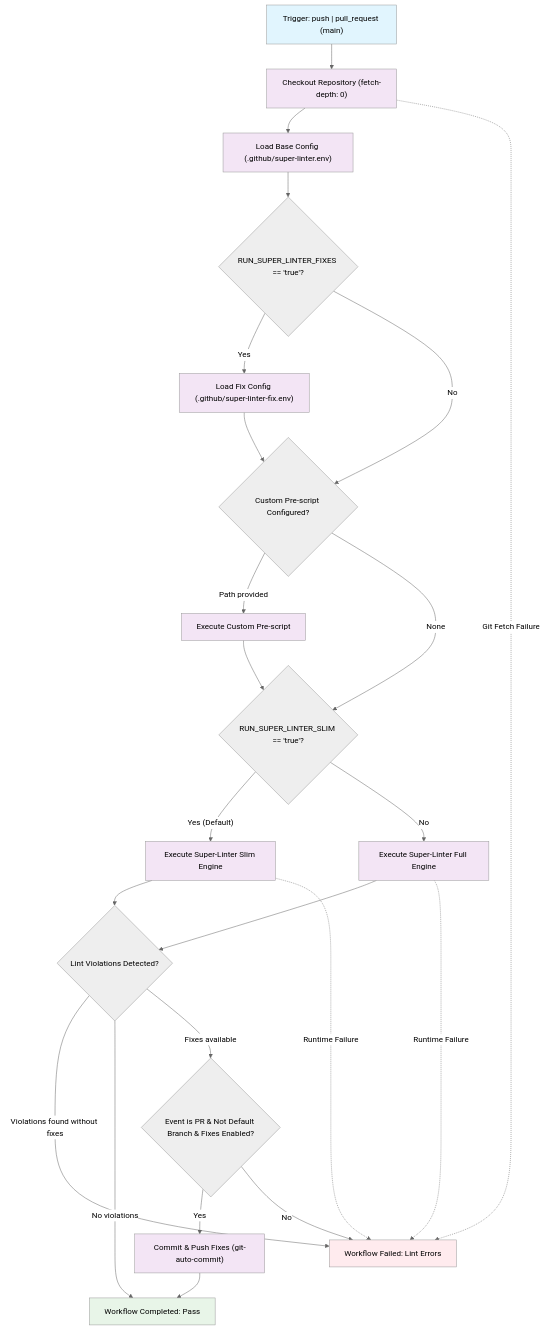
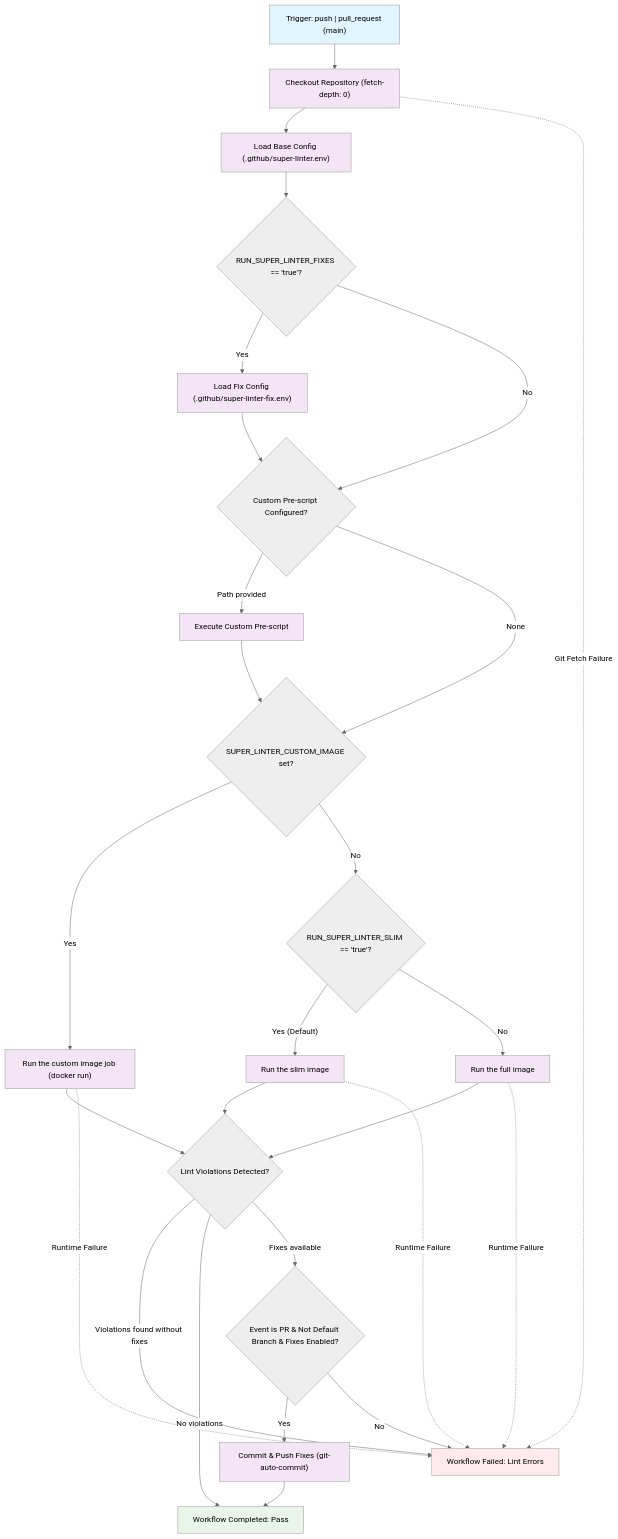
The diagram in workflows/super-linter/spec-process-cicd-super-linter.md (ghwfxlab/ghwm-registry), drawn with Mermaid (neutral theme) before and after one commit. The commit also changed other lines of this file and 3 other files, not shown here.

First line of the commit message:
feat(super-linter)!: run every mode with one docker step and add a custom image mode (#40)

````diff
--- a/workflows/super-linter/spec-process-cicd-super-linter.md
+++ b/workflows/super-linter/spec-process-cicd-super-linter.md
@@ -28,36 +28,41 @@
 ```mermaid
 graph TD
     TriggerNode["Trigger: push | pull_request (main)"] --> Checkout["Checkout Repository (fetch-depth: 0)"]
     Checkout --> LoadConfig["Load Base Config (.github/super-linter.env)"]
     LoadConfig --> CheckFixConfig{"RUN_SUPER_LINTER_FIXES == 'true'?"}
     CheckFixConfig -->|"Yes"| LoadFixConfig["Load Fix Config (.github/super-linter-fix.env)"]
     CheckFixConfig -->|"No"| CheckCustomScript{"Custom Pre-script Configured?"}
     LoadFixConfig --> CheckCustomScript
     CheckCustomScript -->|"Path provided"| RunCustomScript["Execute Custom Pre-script"]
-    CheckCustomScript -->|"None"| SelectRunner{"RUN_SUPER_LINTER_SLIM == 'true'?"}
-    RunCustomScript --> SelectRunner
-    SelectRunner -->|"Yes (Default)"| RunSlim["Execute Super-Linter Slim Engine"]
-    SelectRunner -->|"No"| RunFull["Execute Super-Linter Full Engine"]
-    RunSlim --> EvalResults{"Lint Violations Detected?"}
+    CheckCustomScript -->|"None"| SelectImage{"SUPER_LINTER_CUSTOM_IMAGE set?"}
+    RunCustomScript --> SelectImage
+    SelectImage -->|"Yes"| RunCustom["Run the custom image job (docker run)"]
+    SelectImage -->|"No"| SelectRunner{"RUN_SUPER_LINTER_SLIM == 'true'?"}
+    SelectRunner -->|"Yes (Default)"| RunSlim["Run the slim image"]
+    SelectRunner -->|"No"| RunFull["Run the full image"]
+    RunCustom --> EvalResults{"Lint Violations Detected?"}
+    RunSlim --> EvalResults
     RunFull --> EvalResults
     EvalResults -->|"Violations found without fixes"| FailureNode["Workflow Failed: Lint Errors"]
     EvalResults -->|"No violations"| SuccessNode["Workflow Completed: Pass"]
     EvalResults -->|"Fixes available"| CheckAutoCommit{"Event is PR & Not Default Branch & Fixes Enabled?"}
     CheckAutoCommit -->|"Yes"| CommitFixes["Commit & Push Fixes (git-auto-commit)"]
     CheckAutoCommit -->|"No"| FailureNode
     CommitFixes --> SuccessNode
     Checkout -.->|"Git Fetch Failure"| FailureNode
+    RunCustom -.->|"Runtime Failure"| FailureNode
     RunSlim -.->|"Runtime Failure"| FailureNode
     RunFull -.->|"Runtime Failure"| FailureNode
 
     style TriggerNode fill:#e1f5fe
     style SuccessNode fill:#e8f5e8
     style FailureNode fill:#ffebee
     style Checkout fill:#f3e5f5
     style LoadConfig fill:#f3e5f5
     style LoadFixConfig fill:#f3e5f5
     style RunCustomScript fill:#f3e5f5
+    style RunCustom fill:#f3e5f5
     style RunSlim fill:#f3e5f5
     style RunFull fill:#f3e5f5
     style CommitFixes fill:#f3e5f5
 ```
````
